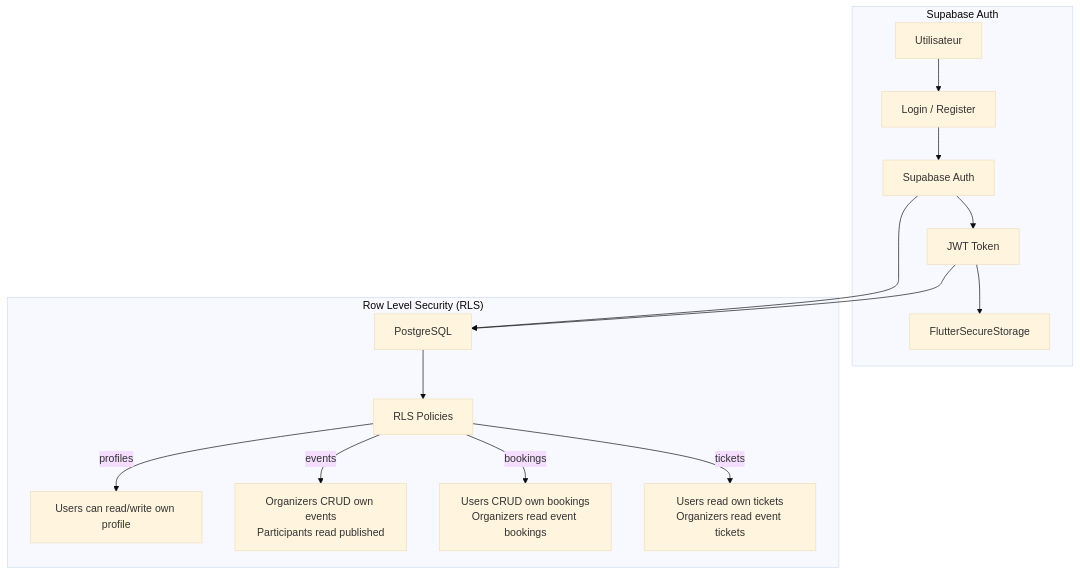
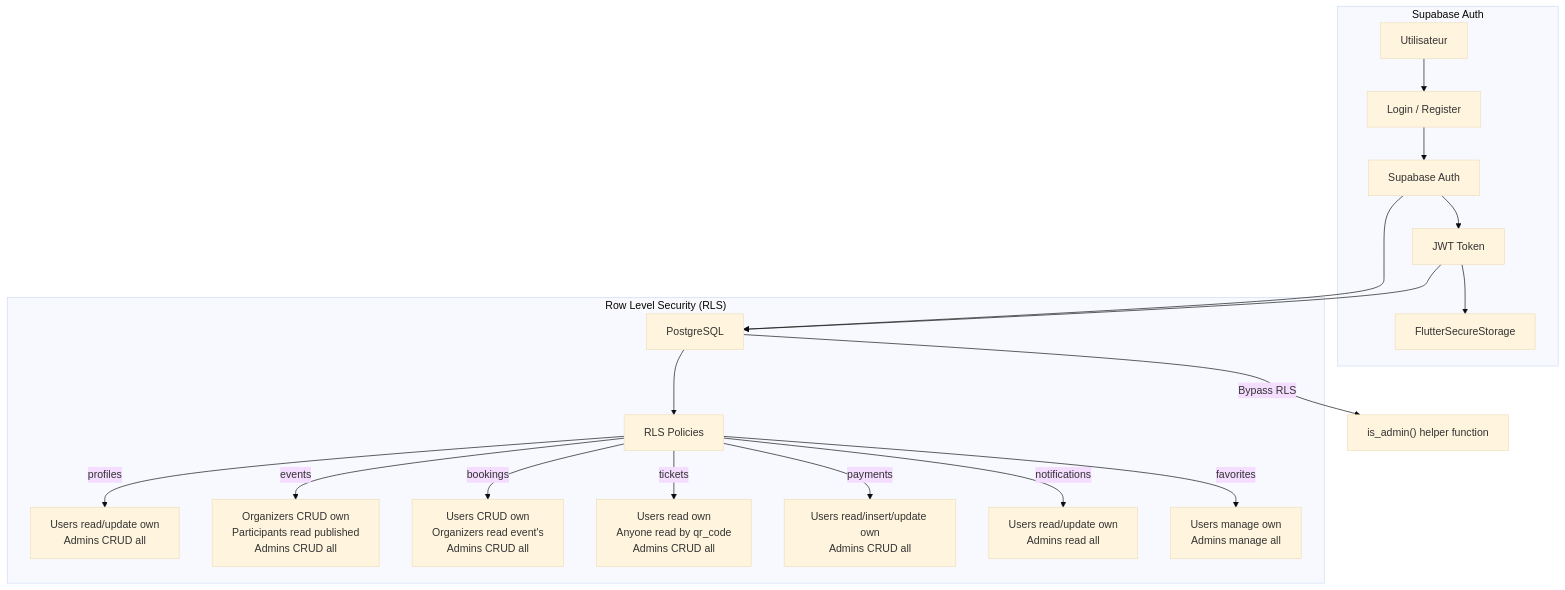
One commit to 24231-Brahim/pi-eventhub changed diagram 13 of 13 in FICHE_EXTRACTION_EVENTHUB.md. Above: the diagram before and after it, drawn with Mermaid (base theme). The commit also changed other lines of this file and 13 other files, not shown here.

````diff
--- a/FICHE_EXTRACTION_EVENTHUB.md
+++ b/FICHE_EXTRACTION_EVENTHUB.md
@@ -1076,20 +1164,24 @@
 ```mermaid
 graph TD
     subgraph "Supabase Auth"
         USER["Utilisateur"] --> LOGIN["Login / Register"]
         LOGIN --> SUPABASE["Supabase Auth"]
         SUPABASE --> JWT["JWT Token"]
         JWT --> STORAGE["FlutterSecureStorage"]
     end
 
     subgraph "Row Level Security (RLS)"
         DB["PostgreSQL"] --> POLICY["RLS Policies"]
-        POLICY -->|"profiles"| PROF_P["Users can read/write own profile"]
-        POLICY -->|"events"| EVT_P["Organizers CRUD own events<br/>Participants read published"]
-        POLICY -->|"bookings"| BOOK_P["Users CRUD own bookings<br/>Organizers read event bookings"]
-        POLICY -->|"tickets"| TICK_P["Users read own tickets<br/>Organizers read event tickets"]
+        POLICY -->|"profiles"| PROF_P["Users read/update own<br/>Admins CRUD all"]
+        POLICY -->|"events"| EVT_P["Organizers CRUD own<br/>Participants read published<br/>Admins CRUD all"]
+        POLICY -->|"bookings"| BOOK_P["Users CRUD own<br/>Organizers read event's<br/>Admins CRUD all"]
+        POLICY -->|"tickets"| TICK_P["Users read own<br/>Anyone read by qr_code<br/>Admins CRUD all"]
+        POLICY -->|"payments"| PAY_P["Users read/insert/update own<br/>Admins CRUD all"]
+        POLICY -->|"notifications"| NOTIF_P["Users read/update own<br/>Admins read all"]
+        POLICY -->|"favorites"| FAV_P["Users manage own<br/>Admins manage all"]
     end
 
+    DB -->|"Bypass RLS"| ADMIN_FN["is_admin() helper function"]
     SUPABASE --> DB
     JWT --> DB
 ```
````
